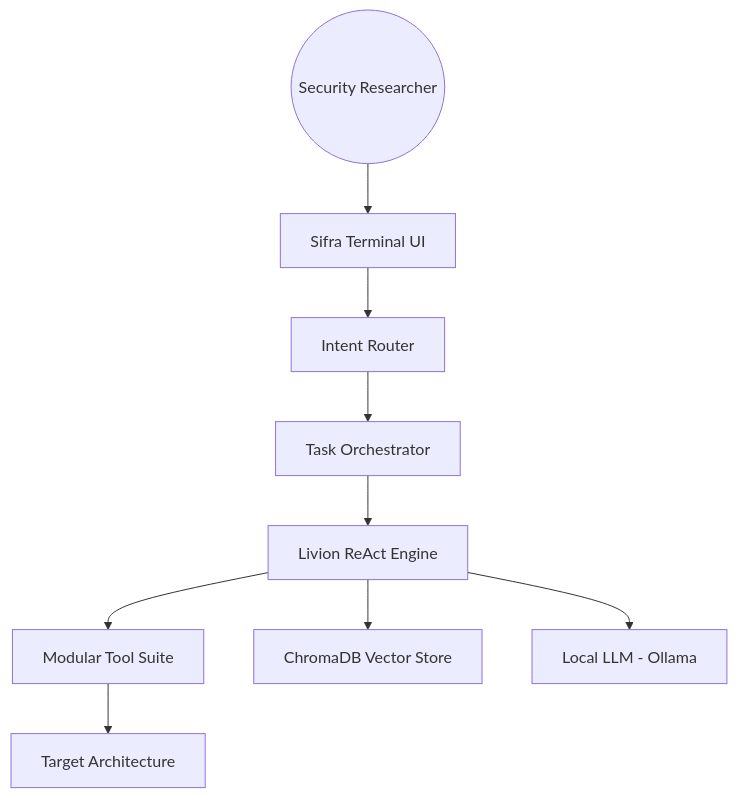
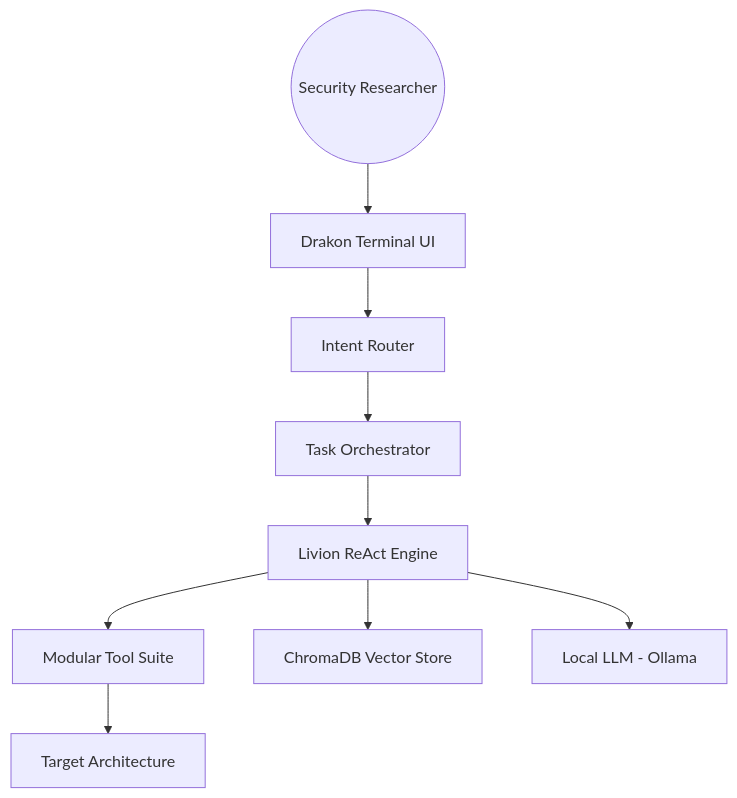
Before and after one commit to malrobust/SMAUG: the diagram in README.md, drawn with Mermaid. The commit also changed other lines of this file and 4 other files, not shown here.

Commit message:
Correct Branding: Rebrand Sifra to DRAKON Platform

````diff
--- a/README.md
+++ b/README.md
@@ -61,11 +61,11 @@
 ```mermaid
 graph TD
-    User((Security Researcher)) --> CLI[Sifra Terminal UI]
+    User((Security Researcher)) --> CLI[Drakon Terminal UI]
     CLI --> Router[Intent Router]
     Router --> Planner[Task Orchestrator]
     Planner --> Livion[Livion ReAct Engine]
     Livion --> Tools[Modular Tool Suite]
     Tools --> Target[Target Architecture]
     Livion --> Memory[ChromaDB Vector Store]
     Livion --> LLM[Local LLM - Ollama]
 ```
````
